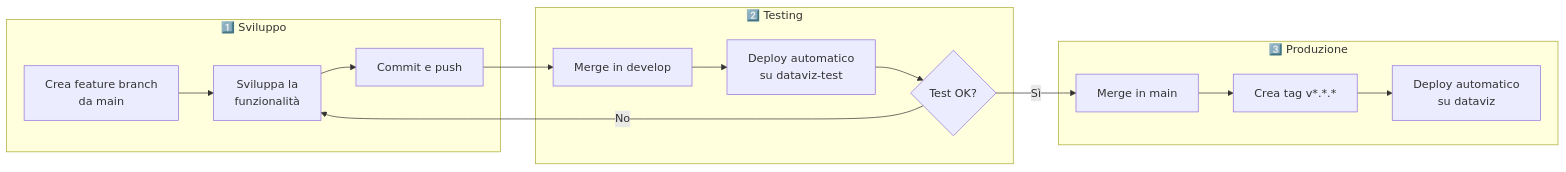
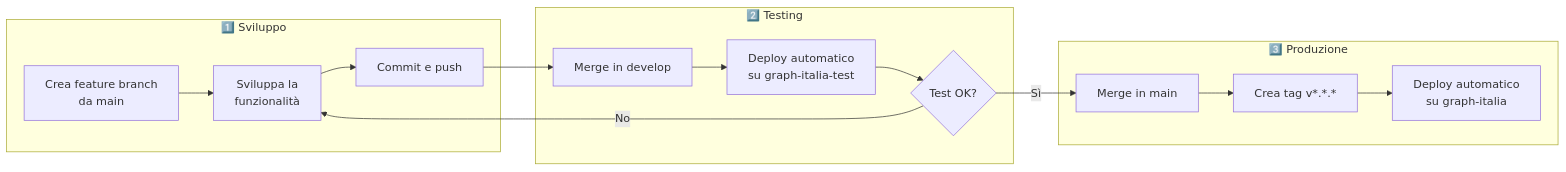
Before and after one commit to italia/graph-italia: the ninth of 15 diagrams in README.md, drawn with Mermaid. The commit also changed other lines of this file and 99 other files, not shown here.

First line of the commit message:
refactor: rebrand dataviz → graph-italia (graph.italia.it)

````diff
--- a/README.md
+++ b/README.md
@@ -743,21 +743,21 @@
 ```mermaid
 flowchart LR
     subgraph "1️⃣ Sviluppo"
         A[Crea feature branch<br/>da main] --> B[Sviluppa la<br/>funzionalità]
         B --> C[Commit e push]
     end
 
     subgraph "2️⃣ Testing"
         C --> D[Merge in develop]
-        D --> E[Deploy automatico<br/>su dataviz-test]
+        D --> E[Deploy automatico<br/>su graph-italia-test]
         E --> F{Test OK?}
     end
 
     subgraph "3️⃣ Produzione"
         F -->|Sì| G[Merge in main]
         G --> H[Crea tag v*.*.*]
-        H --> I[Deploy automatico<br/>su dataviz]
+        H --> I[Deploy automatico<br/>su graph-italia]
     end
 
     F -->|No| B
 ```
````
